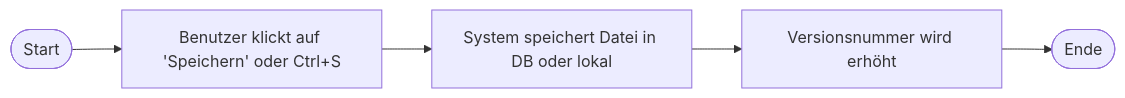
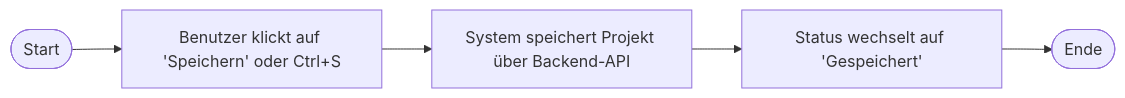
Diagram 29 of 43 in docs/use_cases/software_requirements_specification.md (BitFlow-DHBW/BitFlow), drawn with Mermaid before and after one commit. The commit also changed other lines of this file and 9 other files, not shown here.

````diff
--- a/docs/use_cases/software_requirements_specification.md
+++ b/docs/use_cases/software_requirements_specification.md
@@ -882,7 +940,7 @@
 ```mermaid
 flowchart LR
 	N1([Start]) --> N2["Benutzer klickt auf 'Speichern' oder Ctrl+S"]
-	N2 --> N3["System speichert Datei in DB oder lokal"]
-	N3 --> N4["Versionsnummer wird erhöht"]
+	N2 --> N3["System speichert Projekt über Backend-API"]
+	N3 --> N4["Status wechselt auf 'Gespeichert'"]
 	N4 --> N5([Ende])
 ```
````
